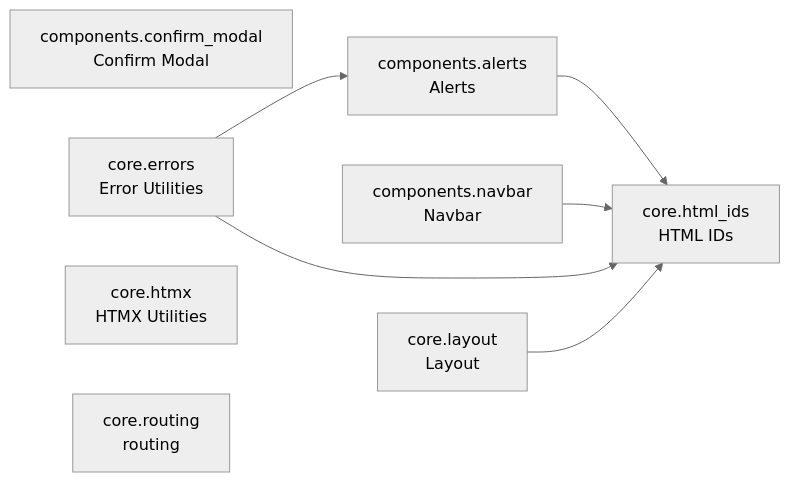
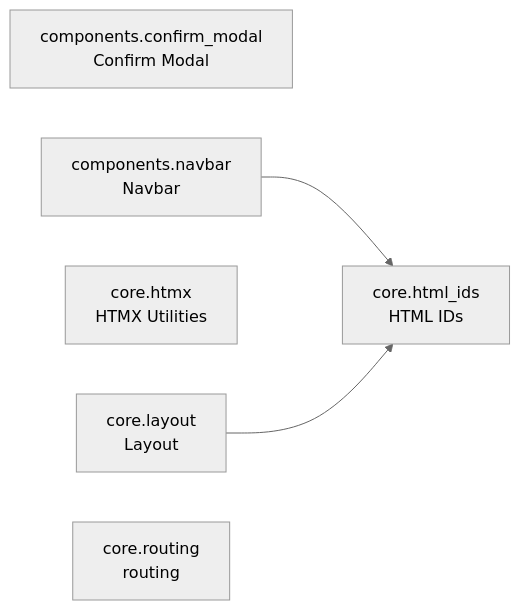
One commit to cj-mills/cjm-fasthtml-app-core changed the diagram in README.md. Above: the diagram before and after it, drawn with Mermaid (neutral theme). The commit also changed other lines of this file and 1 other file, not shown here.

````diff
--- a/README.md
+++ b/README.md
@@ -30,17 +28,12 @@
 ``` mermaid
 graph LR
-    components_alerts[components.alerts<br/>Alerts]
     components_confirm_modal[components.confirm_modal<br/>Confirm Modal]
     components_navbar[components.navbar<br/>Navbar]
-    core_errors[core.errors<br/>Error Utilities]
     core_html_ids[core.html_ids<br/>HTML IDs]
     core_htmx[core.htmx<br/>HTMX Utilities]
     core_layout[core.layout<br/>Layout]
     core_routing[core.routing<br/>routing]
 
-    components_alerts --> core_html_ids
     components_navbar --> core_html_ids
-    core_errors --> components_alerts
-    core_errors --> core_html_ids
     core_layout --> core_html_ids
 ```
````
